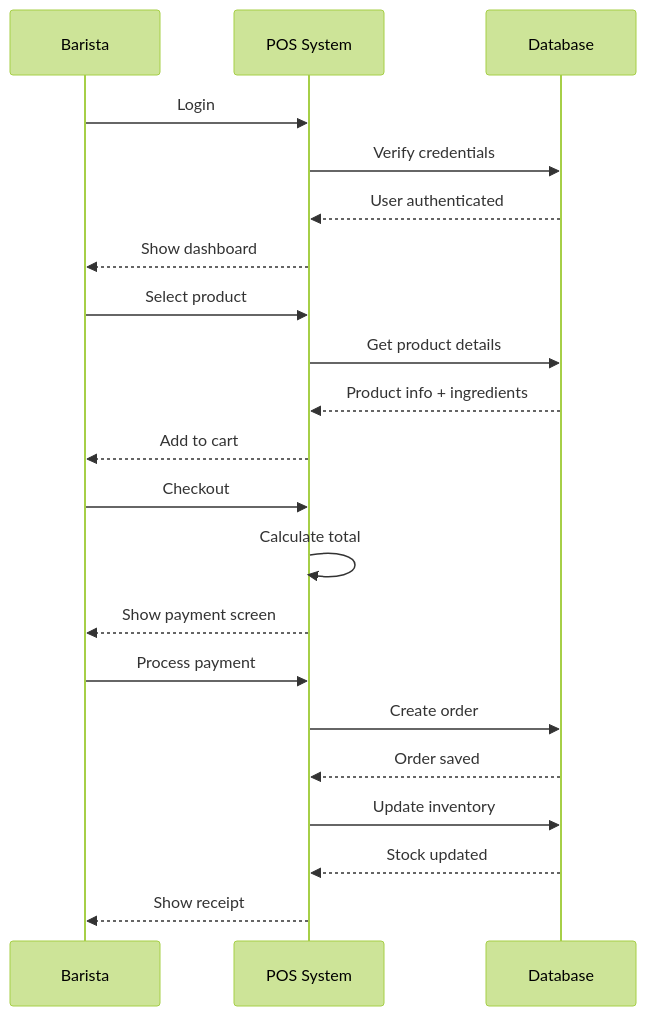
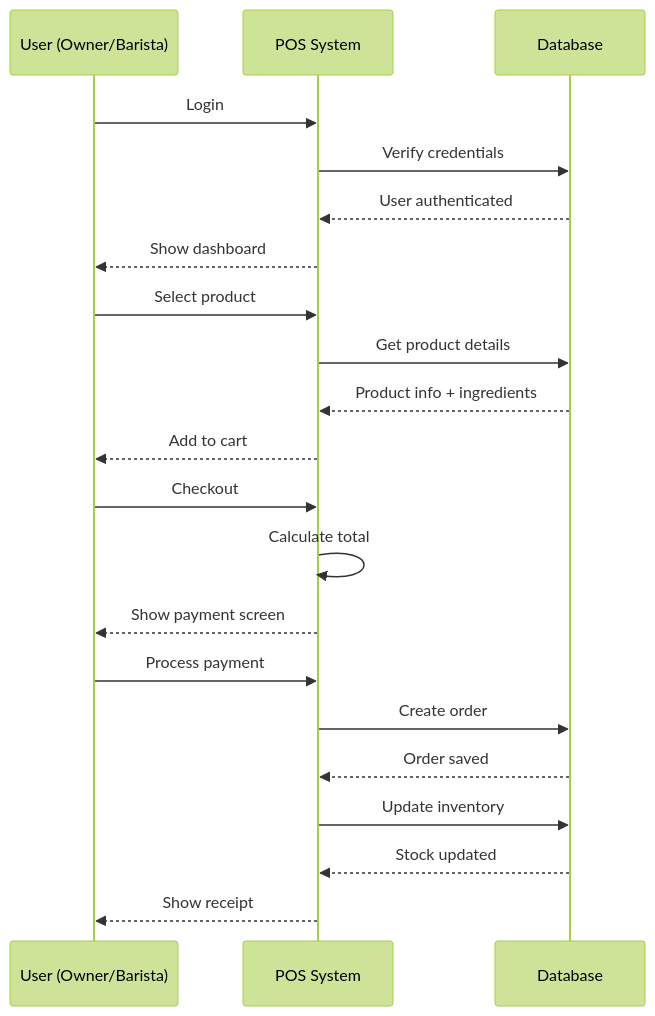
The first of 2 diagrams in Simplified-Sequence.md (koyzxc/Bruus-POS), drawn with Mermaid (forest theme) before and after one commit. The commit also changed other lines of this file, not shown here.

First line of the commit message:
Clarify user roles and system functions within the coffee shop application

````diff
--- a/Simplified-Sequence.md
+++ b/Simplified-Sequence.md
@@ -5,28 +6,28 @@
 ```mermaid
 sequenceDiagram
-    participant B as Barista
+    participant U as User (Owner/Barista)
     participant UI as POS System
     participant DB as Database
 
-    B->>UI: Login
+    U->>UI: Login
     UI->>DB: Verify credentials
     DB-->>UI: User authenticated
-    UI-->>B: Show dashboard
+    UI-->>U: Show dashboard
 
-    B->>UI: Select product
+    U->>UI: Select product
     UI->>DB: Get product details
     DB-->>UI: Product info + ingredients
-    UI-->>B: Add to cart
+    UI-->>U: Add to cart
 
-    B->>UI: Checkout
+    U->>UI: Checkout
     UI->>UI: Calculate total
-    UI-->>B: Show payment screen
+    UI-->>U: Show payment screen
 
-    B->>UI: Process payment
+    U->>UI: Process payment
     UI->>DB: Create order
     DB-->>UI: Order saved
     
     UI->>DB: Update inventory
     DB-->>UI: Stock updated
-    UI-->>B: Show receipt
+    UI-->>U: Show receipt
 ```
````
